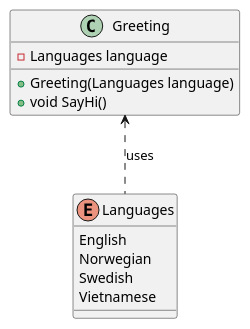
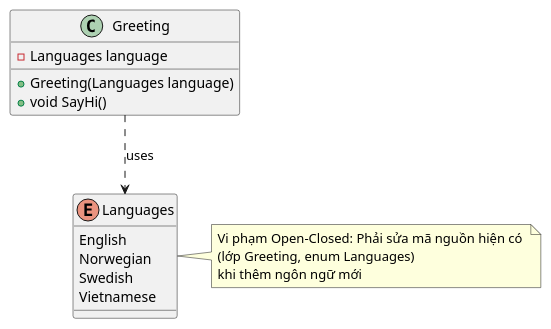
The diagram in Diagrams/Open-Closed.plantuml (longhuynhdev/solid-bad-designs), drawn with PlantUML before and after one commit. The commit also changed 27 other files, not shown here.

Commit message:
feat: Add class diagrams and solutions for Interface Segregation, Dependency-Inversion principles

```diff
--- a/Diagrams/Open-Closed.plantuml
+++ b/Diagrams/Open-Closed.plantuml
@@ -1,25 +1,25 @@
 @startuml
 
 class Greeting {
     -Languages language
     +Greeting(Languages language)
     +void SayHi()
 }
 
 enum Languages {
     English
     Norwegian
     Swedish
     Vietnamese
 }
 
-' Relations
-Greeting <.. Languages : uses 
+' Relations between classes
+Greeting ..> Languages : uses 
 
-' class Program {
-'     +{static}void Main(string[] args)
-' }
-
-' Program --> Greeting : creates and uses
+note right of Languages
+Vi phạm Open-Closed: Phải sửa mã nguồn hiện có 
+(lớp Greeting, enum Languages)
+khi thêm ngôn ngữ mới
+endnote
 
 @enduml
```
